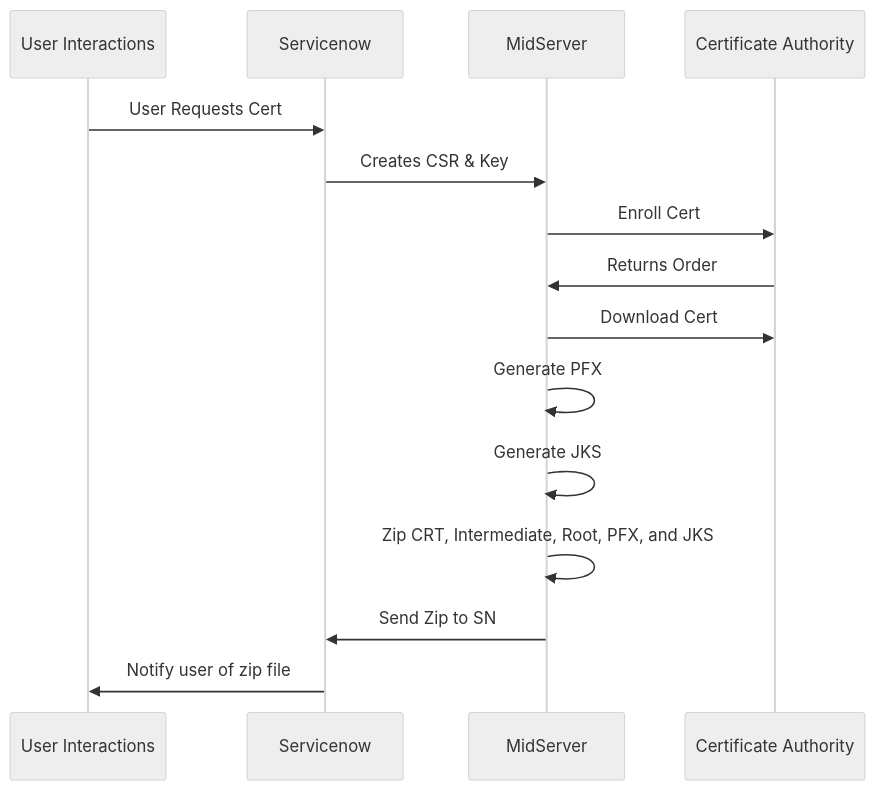
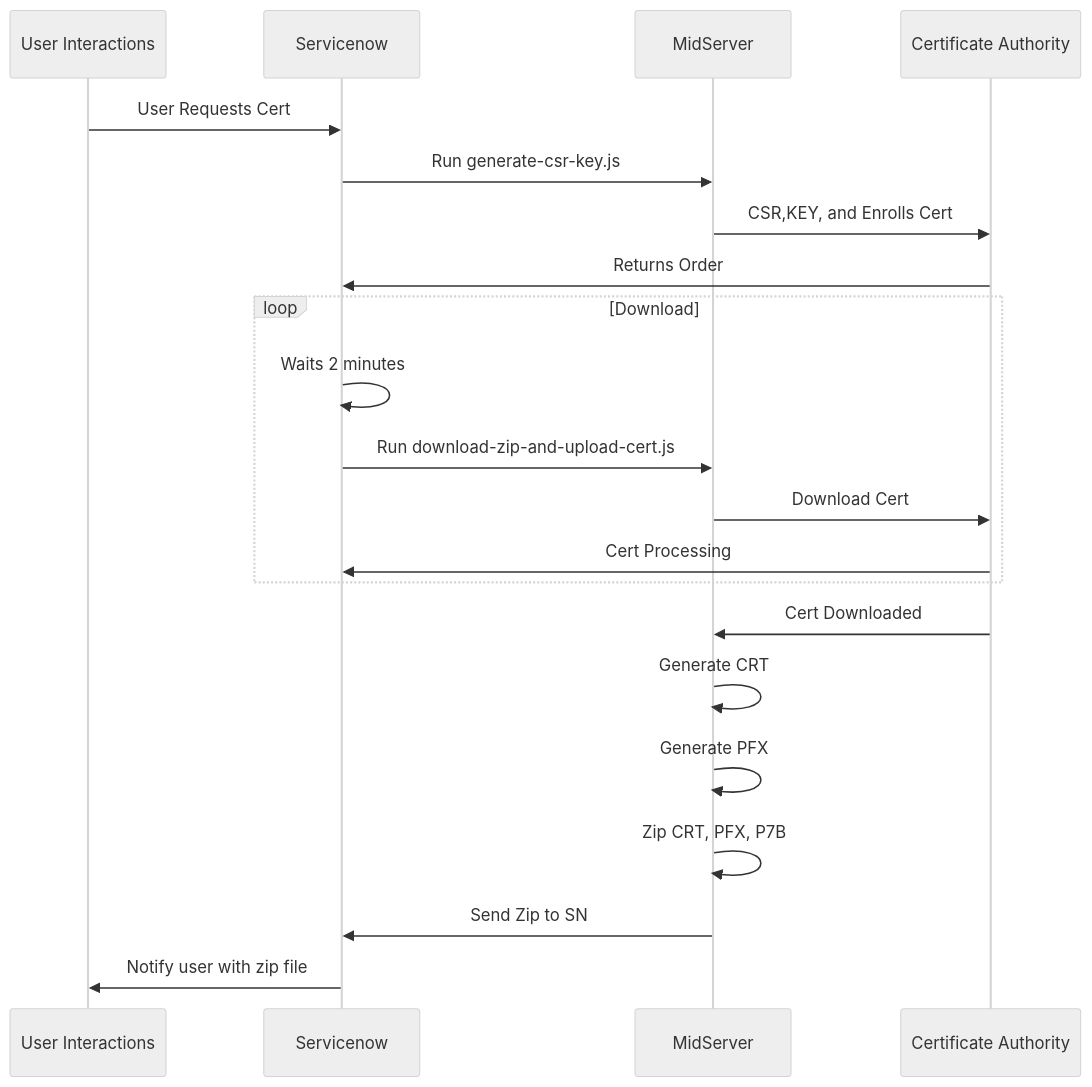
The diagram in public/mmd/certificate-integration.mmd (jacebenson/workflow), drawn with Mermaid (neutral theme) before and after one commit.

```diff
--- a/public/mmd/certificate-integration.mmd
+++ b/public/mmd/certificate-integration.mmd
@@ -1,15 +1,21 @@
 sequenceDiagram
     participant ui as User Interactions
     participant sn as Servicenow
     participant ms as MidServer
     participant co as Certificate Authority
     ui->>sn: User Requests Cert
-    sn->>ms: Creates CSR & Key
-    ms->>co: Enroll Cert
-    co->>ms: Returns Order #
+    sn->>ms: Run generate-csr-key.js
+    ms->>co: CSR,KEY, and Enrolls Cert
+    co->>sn: Returns Order #
+loop Download
+    sn->>sn: Waits 2 minutes
+    sn->>ms: Run download-zip-and-upload-cert.js
     ms->>co: Download Cert
+    co->>sn: Cert Processing
+end
+    co->>ms: Cert Downloaded
+    ms->>ms: Generate CRT
     ms->>ms: Generate PFX
-    ms->>ms: Generate JKS
-    ms->>ms: Zip CRT, Intermediate, Root, PFX, and JKS
+    ms->>ms: Zip CRT, PFX, P7B
     ms->>sn: Send Zip to SN
-    sn->>ui: Notify user of zip file
+    sn->>ui: Notify user with zip file
```
